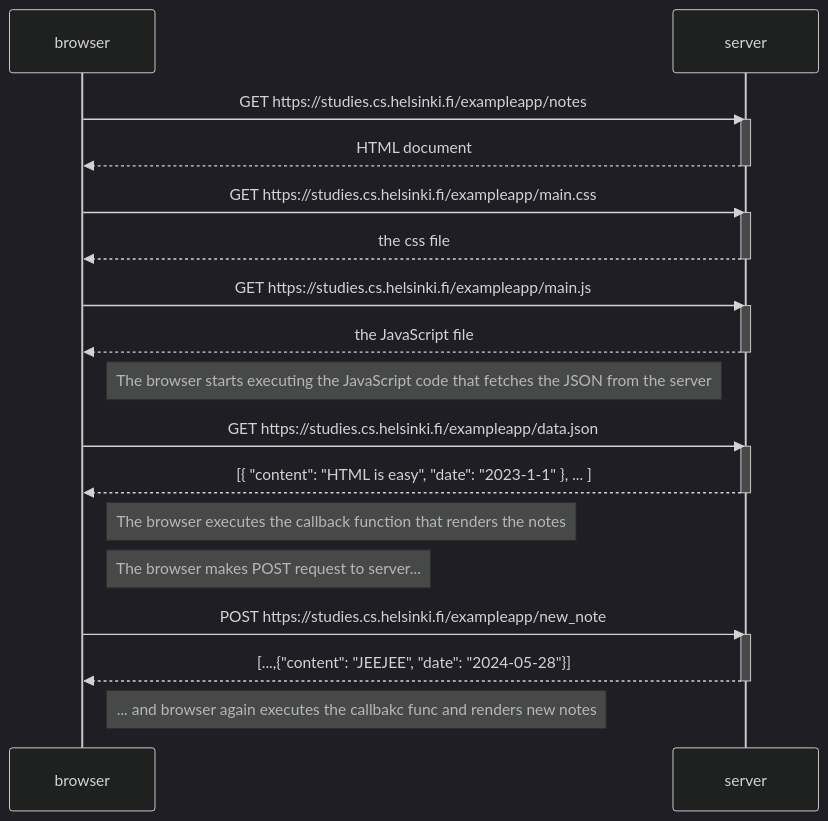
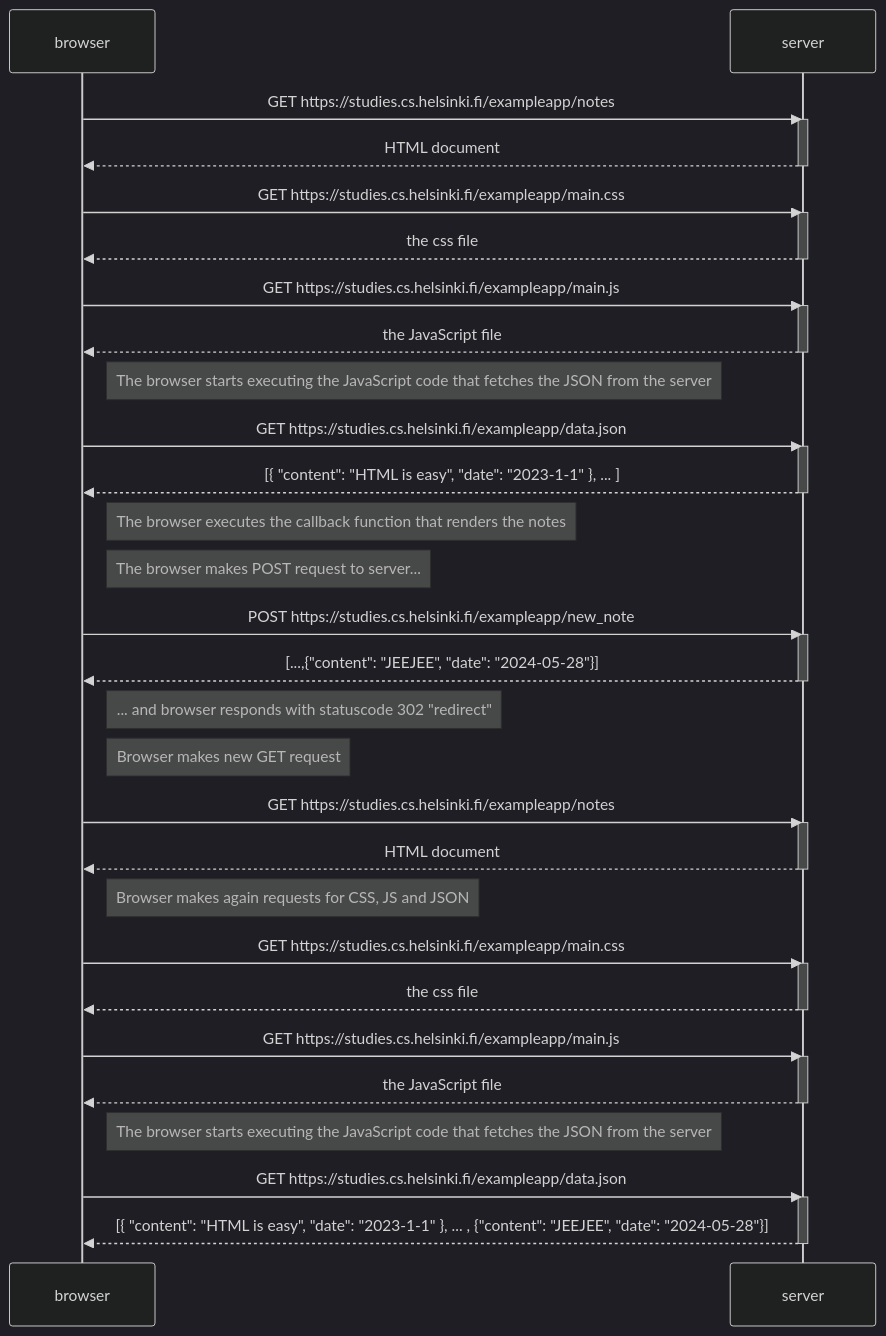
The diagram in OSA0/0_4.md (eitsei/FSD), drawn with Mermaid (dark theme) before and after one commit.

````diff
--- a/OSA0/0_4.md
+++ b/OSA0/0_4.md
@@ -1,38 +1,63 @@
 ```mermaid
 sequenceDiagram
     participant browser
     participant server
     
     browser->>server: GET https://studies.cs.helsinki.fi/exampleapp/notes
     activate server
     server-->>browser: HTML document
     deactivate server
     
     browser->>server: GET https://studies.cs.helsinki.fi/exampleapp/main.css
     activate server
     server-->>browser: the css file
     deactivate server
     
     browser->>server: GET https://studies.cs.helsinki.fi/exampleapp/main.js
     activate server
     server-->>browser: the JavaScript file
     deactivate server
     
     Note right of browser: The browser starts executing the JavaScript code that fetches the JSON from the server
     
     browser->>server: GET https://studies.cs.helsinki.fi/exampleapp/data.json
     activate server
     server-->>browser: [{ "content": "HTML is easy", "date": "2023-1-1" }, ... ]
     deactivate server    
 
     Note right of browser: The browser executes the callback function that renders the notes
 
     Note right of browser: The browser makes POST request to server...
     browser ->>server: POST  https://studies.cs.helsinki.fi/exampleapp/new_note
     activate server
     server -->>browser: [...,{"content": "JEEJEE", "date": "2024-05-28"}]
     deactivate server
 
-    Note right of browser: ... and browser again executes the callbakc func and renders new notes
+    Note right of browser: ... and browser responds with statuscode 302 "redirect"
+
+    Note right of browser: Browser makes new GET request
+    browser->>server: GET https://studies.cs.helsinki.fi/exampleapp/notes
+    activate server
+    server-->>browser: HTML document
+    deactivate server
+
+    Note right of browser: Browser makes again requests for CSS, JS and JSON
+    browser->>server: GET https://studies.cs.helsinki.fi/exampleapp/main.css
+    activate server
+    server-->>browser: the css file
+    deactivate server
+    
+    browser->>server: GET https://studies.cs.helsinki.fi/exampleapp/main.js
+    activate server
+    server-->>browser: the JavaScript file
+    deactivate server
+    
+    Note right of browser: The browser starts executing the JavaScript code that fetches the JSON from the server
+    
+    browser->>server: GET https://studies.cs.helsinki.fi/exampleapp/data.json
+    activate server
+    server-->>browser: [{ "content": "HTML is easy", "date": "2023-1-1" }, ... , {"content": "JEEJEE", "date": "2024-05-28"}]
+    deactivate server 
+    
     
 ```
````
